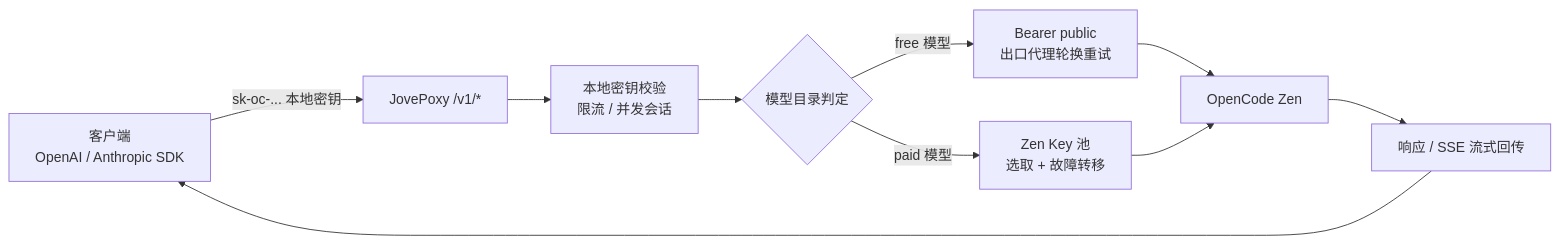
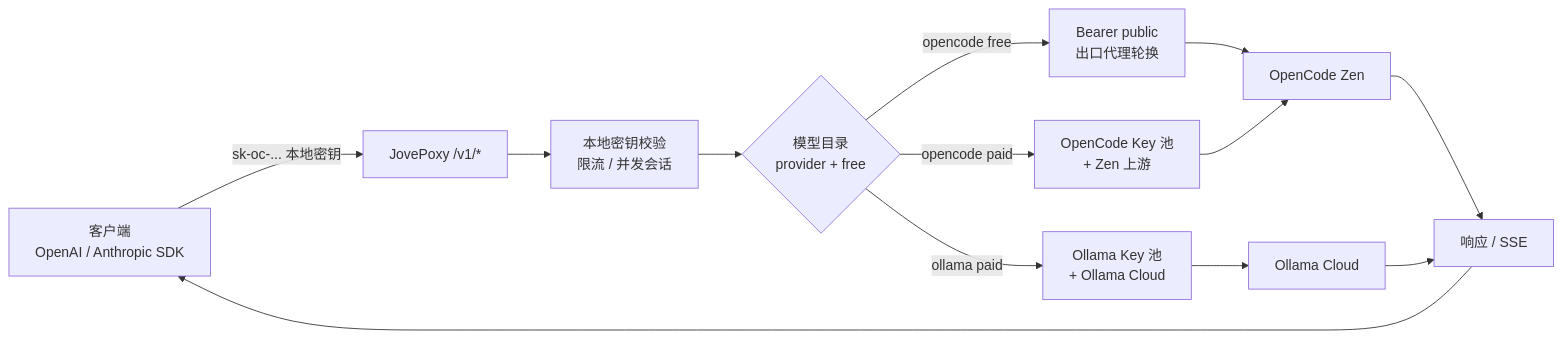
Before and after one commit to jiujiu532/JovePoxy: the first of 2 diagrams in README.md, drawn with Mermaid. The commit also changed other lines of this file and 7 other files, not shown here.

````diff
--- a/README.md
+++ b/README.md
@@ -45,12 +60,15 @@
 ```mermaid
 flowchart LR
     CLIENT["客户端<br/>OpenAI / Anthropic SDK"] -->|"sk-oc-... 本地密钥"| GW["JovePoxy /v1/*"]
     GW --> AUTH["本地密钥校验<br/>限流 / 并发会话"]
-    AUTH --> CATALOG{"模型目录判定"}
-    CATALOG -->|free 模型| FREE["Bearer public<br/>出口代理轮换重试"]
-    CATALOG -->|paid 模型| PAID["Zen Key 池<br/>选取 + 故障转移"]
+    AUTH --> CATALOG{"模型目录<br/>provider + free"}
+    CATALOG -->|opencode free| FREE["Bearer public<br/>出口代理轮换"]
+    CATALOG -->|opencode paid| PAID_OC["OpenCode Key 池<br/>+ Zen 上游"]
+    CATALOG -->|ollama paid| PAID_OL["Ollama Key 池<br/>+ Ollama Cloud"]
     FREE --> ZEN["OpenCode Zen"]
-    PAID --> ZEN
-    ZEN --> RESP["响应 / SSE 流式回传"]
+    PAID_OC --> ZEN
+    PAID_OL --> OLLAMA["Ollama Cloud"]
+    ZEN --> RESP["响应 / SSE"]
+    OLLAMA --> RESP
     RESP --> CLIENT
 ```
````
